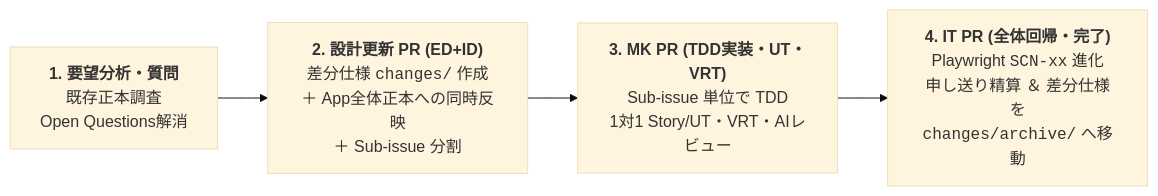
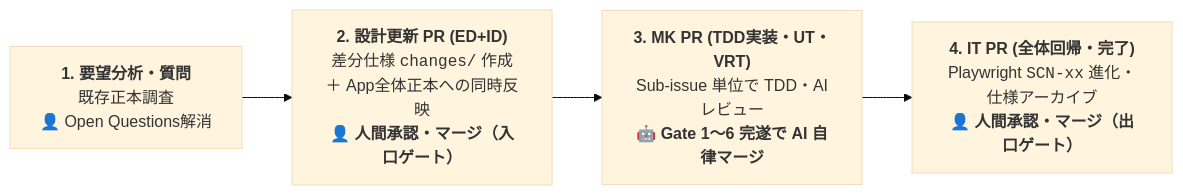
Before and after one commit to high-soar/Yommy: the diagram in docs/guidelines/workflow.md, drawn with Mermaid (base theme). The commit also changed other lines of this file and 6 other files, not shown here.

````diff
--- a/docs/guidelines/workflow.md
+++ b/docs/guidelines/workflow.md
@@ -38,9 +38,9 @@
 ```mermaid
 flowchart LR
-    Step1["<b>1. 要望分析・質問</b><br>既存正本調査<br>Open Questions解消"]
-    Step2["<b>2. 設計更新 PR (ED+ID)</b><br>差分仕様 <code>changes/</code> 作成<br>＋ App全体正本への同時反映<br>＋ Sub-issue 分割"]
-    Step3["<b>3. MK PR (TDD実装・UT・VRT)</b><br>Sub-issue 単位で TDD<br>1対1 Story/UT・VRT・AIレビュー"]
-    Step4["<b>4. IT PR (全体回帰・完了)</b><br>Playwright <code>SCN-xx</code> 進化<br>申し送り精算 ＆ 差分仕様を<br><code>changes/archive/</code> へ移動"]
+    Step1["<b>1. 要望分析・質問</b><br>既存正本調査<br>👤 Open Questions解消"]
+    Step2["<b>2. 設計更新 PR (ED+ID)</b><br>差分仕様 <code>changes/</code> 作成<br>＋ App全体正本への同時反映<br>👤 <b>人間承認・マージ（入口ゲート）</b>"]
+    Step3["<b>3. MK PR (TDD実装・UT・VRT)</b><br>Sub-issue 単位で TDD・AIレビュー<br>🤖 <b>Gate 1〜6 完遂で AI 自律マージ</b>"]
+    Step4["<b>4. IT PR (全体回帰・完了)</b><br>Playwright <code>SCN-xx</code> 進化・仕様アーカイブ<br>👤 <b>人間承認・マージ（出口ゲート）</b>"]
 
     Step1 --> Step2 --> Step3 --> Step4
 ```
````
